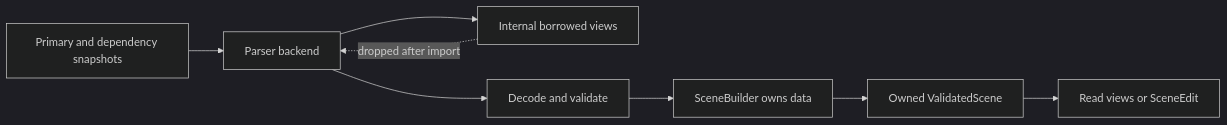
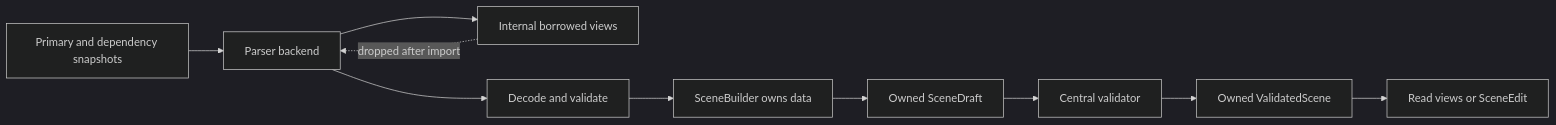
One commit to Latias94/baozi changed the first of 2 diagrams in docs/adr/0009-data-ownership-zero-copy-lifetimes-and-memory-layout.md. Above: the diagram before and after it, drawn with Mermaid (dark theme). The commit also changed other lines of this file and 32 other files, not shown here.

First line of the commit message:
feat(architecture): enforce canonical ADR governance

````diff
--- a/docs/adr/0009-data-ownership-zero-copy-lifetimes-and-memory-layout.md
+++ b/docs/adr/0009-data-ownership-zero-copy-lifetimes-and-memory-layout.md
@@ -58,11 +58,13 @@
 ```mermaid
 flowchart LR
     Input[Primary and dependency snapshots] --> Parser[Parser backend]
     Parser --> Borrowed[Internal borrowed views]
     Parser --> Decode[Decode and validate]
     Decode --> Builder[SceneBuilder owns data]
-    Builder --> Scene[Owned ValidatedScene]
+    Builder --> Draft[Owned SceneDraft]
+    Draft --> Validator[Central validator]
+    Validator --> Scene[Owned ValidatedScene]
     Scene --> User[Read views or SceneEdit]
 
     Borrowed -. dropped after import .-> Parser
 ```
````
